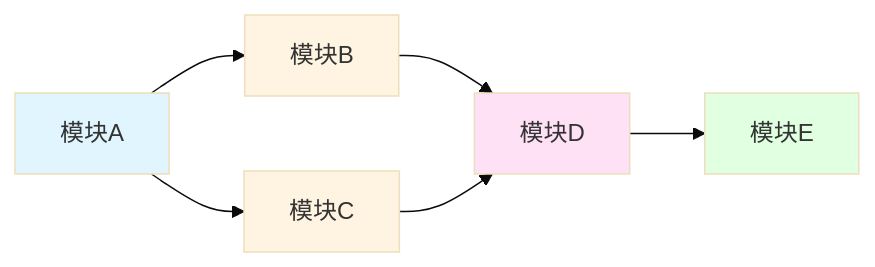
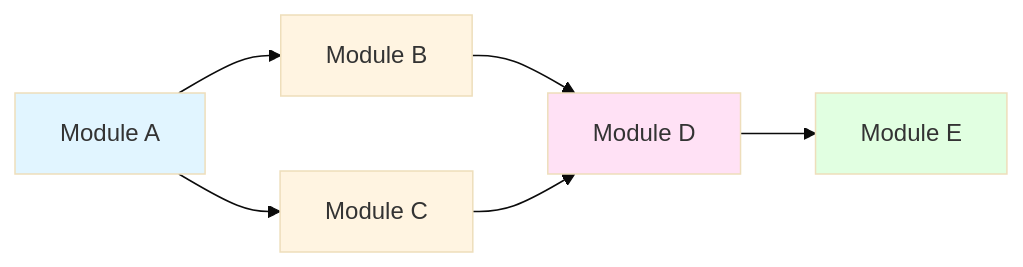
One commit to Konggou/my_skills changed the second of 7 diagrams in custom/project-framework-analyzer/assets/framework-diagram-template.md. Above: the diagram before and after it, drawn with Mermaid (base theme). The commit also changed other lines of this file and 6 other files, not shown here.

````diff
--- a/custom/project-framework-analyzer/assets/framework-diagram-template.md
+++ b/custom/project-framework-analyzer/assets/framework-diagram-template.md
@@ -44,14 +44,14 @@
 ```mermaid
 graph LR
-    A[模块A] --> B[模块B]
-    A --> C[模块C]
-    B --> D[模块D]
+    A[Module A] --> B[Module B]
+    A --> C[Module C]
+    B --> D[Module D]
     C --> D
-    D --> E[模块E]
+    D --> E[Module E]
     
     style A fill:#e1f5ff
     style B fill:#fff4e1
     style C fill:#fff4e1
     style D fill:#ffe1f5
     style E fill:#e1ffe1
 ```
````
